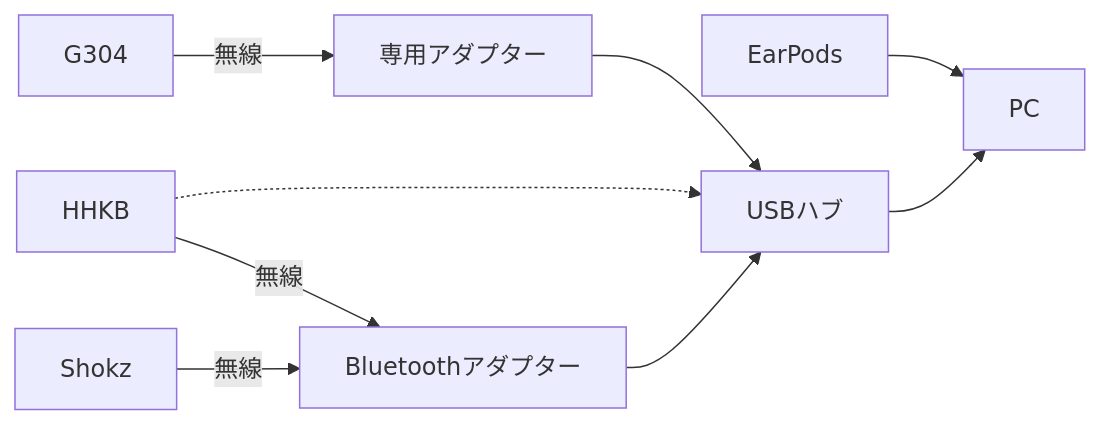
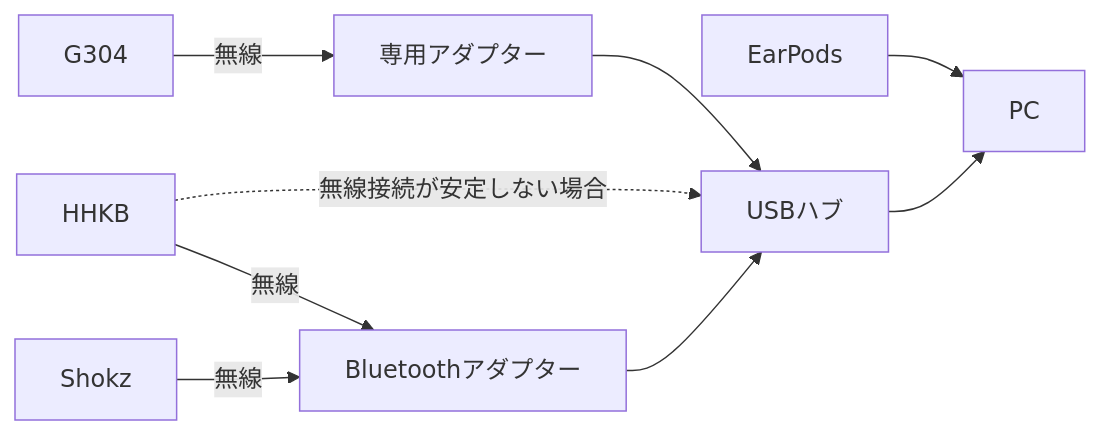
Before and after one commit to sh1Nome/personal-knowledge-hub: the diagram in device/peripheralDevice/README.md, drawn with Mermaid.

````diff
--- a/device/peripheralDevice/README.md
+++ b/device/peripheralDevice/README.md
@@ -11,21 +11,21 @@
 ```mermaid
 graph LR
     pc[PC]
     hhkb[HHKB]
     shokz[Shokz]
     earpods[EarPods]
     g304[G304]
     g304adapter[専用アダプター]
     usbhub[USBハブ]
     bluetooth[Bluetoothアダプター]
 
     earpods --> pc
 
     usbhub --> pc
 
     g304adapter & bluetooth --> usbhub
-    hhkb -.-> usbhub
+    hhkb -.->|無線接続が安定しない場合| usbhub
 
     g304 -->|無線| g304adapter
     hhkb & shokz -->|無線| bluetooth
 ```
````
